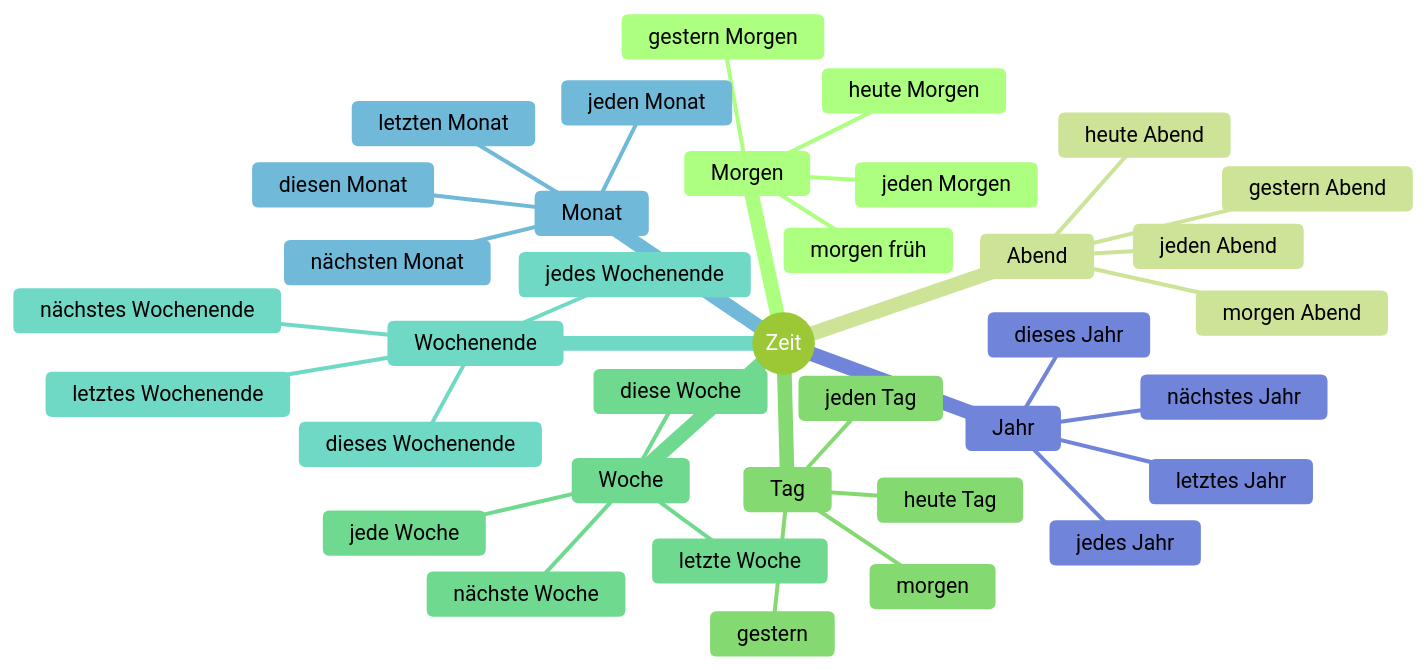
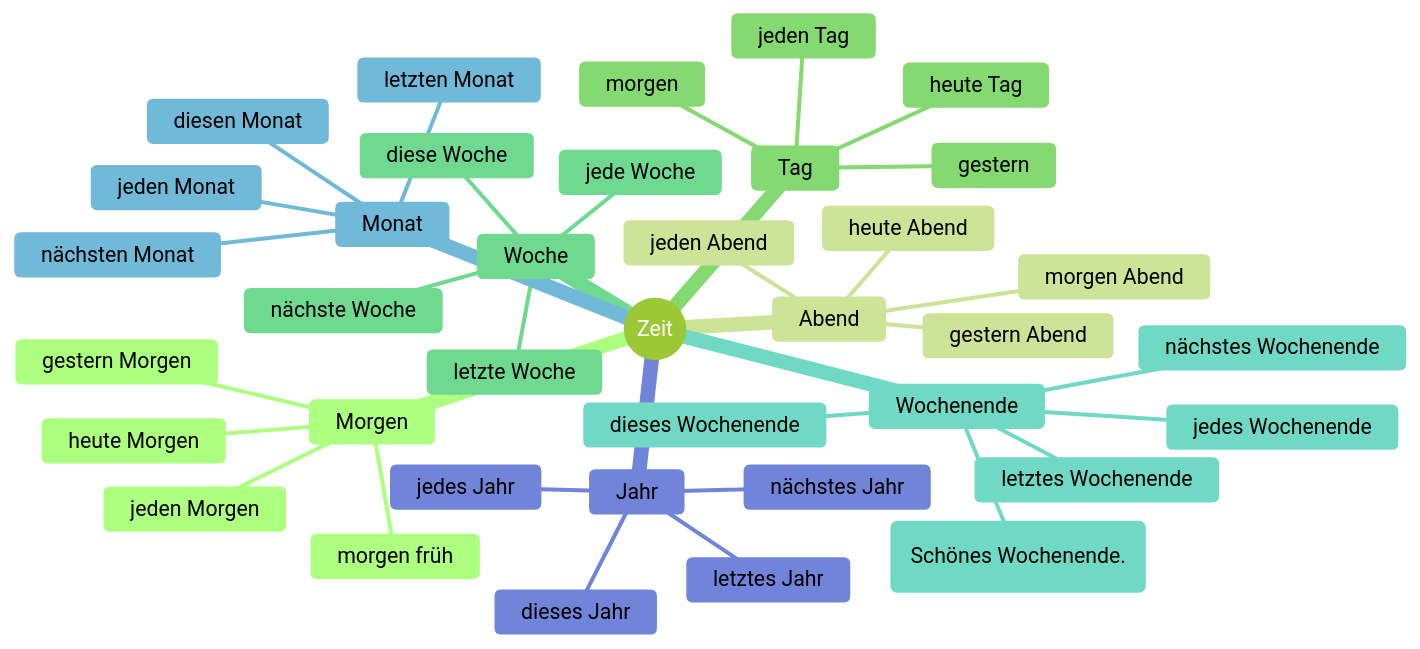
The diagram in Dutesch/zeitangaben.md (hyonsoku/mindmap), drawn with Mermaid (forest theme) before and after one commit. The commit also changed 1 other file, not shown here.

Commit message:
Update from the message of Lena

````diff
--- a/Dutesch/zeitangaben.md
+++ b/Dutesch/zeitangaben.md
@@ -1,39 +1,40 @@
 ```mermaid
 mindmap
     root((Zeit))
         Morgen
             jeden Morgen
             heute Morgen
             gestern Morgen
             morgen früh
         Abend
             jeden Abend
             heute Abend
             gestern Abend
             morgen Abend
         Tag
             jeden Tag
             heute Tag
             gestern
             morgen
         Woche
             jede Woche
             diese Woche
             letzte Woche
             nächste Woche
         Wochenende
             jedes Wochenende
             dieses Wochenende
             letztes Wochenende
             nächstes Wochenende
+            (Schönes Wochenende.)
         Monat
             jeden Monat
             diesen Monat
             letzten Monat
             nächsten Monat
         Jahr
             jedes Jahr
             dieses Jahr
             letztes Jahr
             nächstes Jahr
 ```
````
